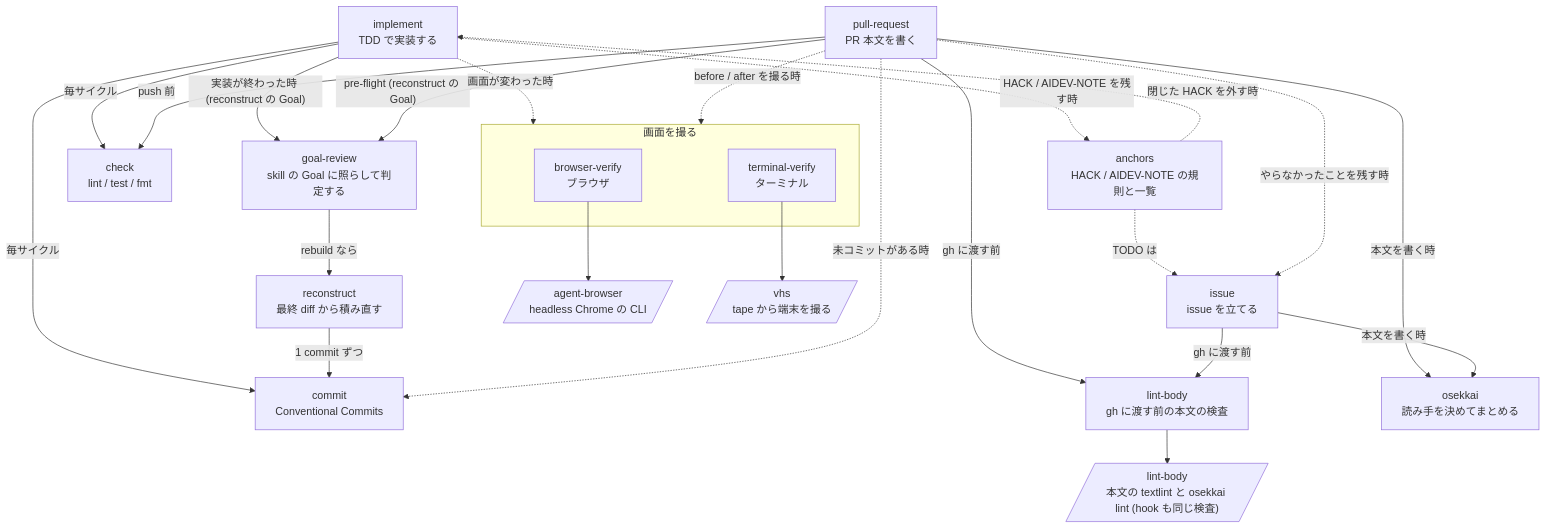
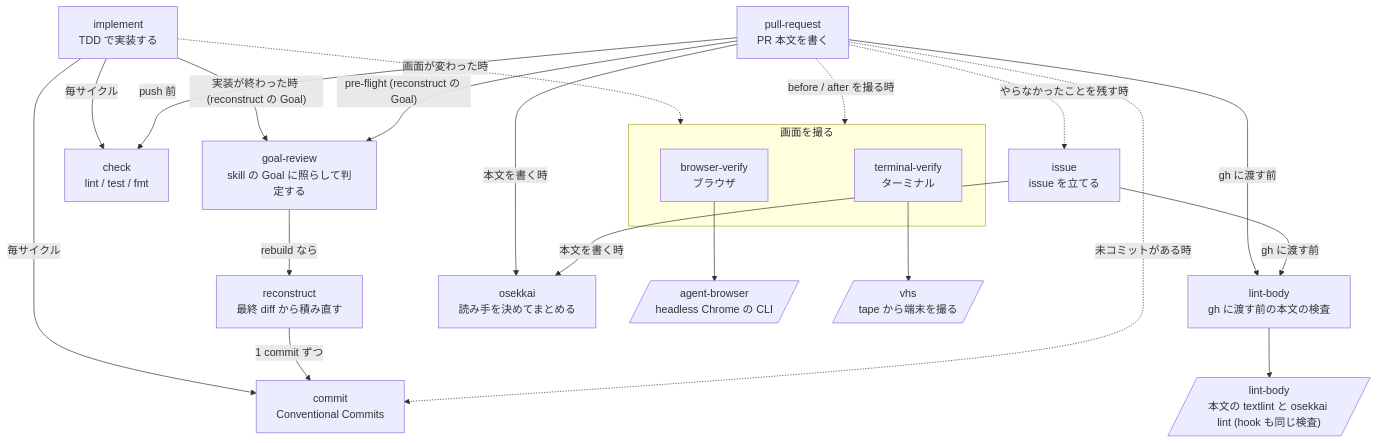
Before and after one commit to Xantibody/dotfiles: the first of 4 diagrams in configs/agents/README.md, drawn with Mermaid. The commit also changed other lines of this file and 7 other files, not shown here.

````diff
--- a/configs/agents/README.md
+++ b/configs/agents/README.md
@@ -15,42 +15,38 @@
 ```mermaid
 flowchart TD
   implement["implement<br/>TDD で実装する"]
   check["check<br/>lint / test / fmt"]
   commit["commit<br/>Conventional Commits"]
   gr["goal-review<br/>skill の Goal に照らして判定する"]
   reconstruct["reconstruct<br/>最終 diff から積み直す"]
   pr["pull-request<br/>PR 本文を書く"]
   issue["issue<br/>issue を立てる"]
   lbskill["lint-body<br/>gh に渡す前の本文の検査"]
   osekkai["osekkai<br/>読み手を決めてまとめる"]
   subgraph shot ["画面を撮る"]
     bv["browser-verify<br/>ブラウザ"]
     tv["terminal-verify<br/>ターミナル"]
   end
-  anchors["anchors<br/>HACK / AIDEV-NOTE の規則と一覧"]
   ab[/"agent-browser<br/>headless Chrome の CLI"/]
   vhs[/"vhs<br/>tape から端末を撮る"/]
   lint[/"lint-body<br/>本文の textlint と osekkai lint (hook も同じ検査)"/]
 
   implement -->|"毎サイクル"| check
   implement -->|"毎サイクル"| commit
   implement -->|"実装が終わった時 (reconstruct の Goal)"| gr
   implement -.->|"画面が変わった時"| shot
-  implement -.->|"HACK / AIDEV-NOTE を残す時"| anchors
-  anchors -.->|"閉じた HACK を外す時"| implement
-  anchors -.->|"TODO は"| issue
   gr -->|"rebuild なら"| reconstruct
   reconstruct -->|"1 commit ずつ"| commit
   pr -->|"pre-flight (reconstruct の Goal)"| gr
   pr -->|"push 前"| check
   pr -->|"本文を書く時"| osekkai
   pr -->|"gh に渡す前"| lbskill
   pr -.->|"未コミットがある時"| commit
   pr -.->|"before / after を撮る時"| shot
   pr -.->|"やらなかったことを残す時"| issue
   issue -->|"本文を書く時"| osekkai
   issue -->|"gh に渡す前"| lbskill
   lbskill --> lint
   bv --> ab
   tv --> vhs
 ```
````
